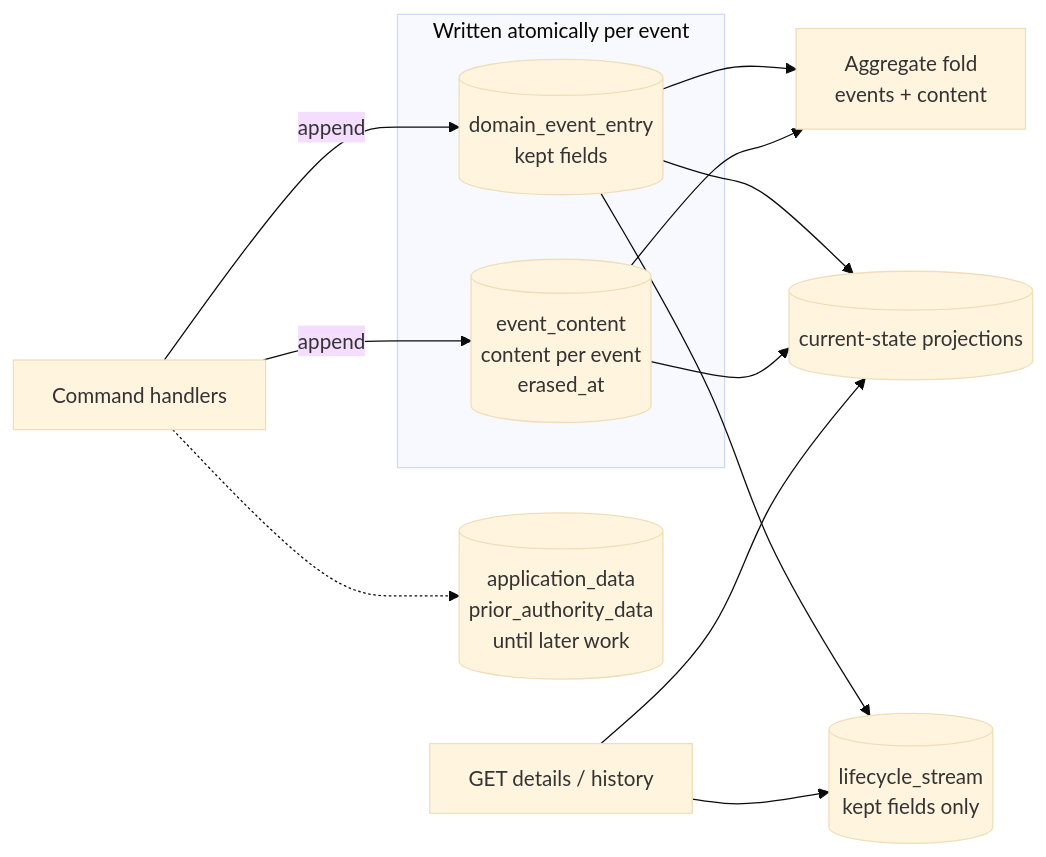
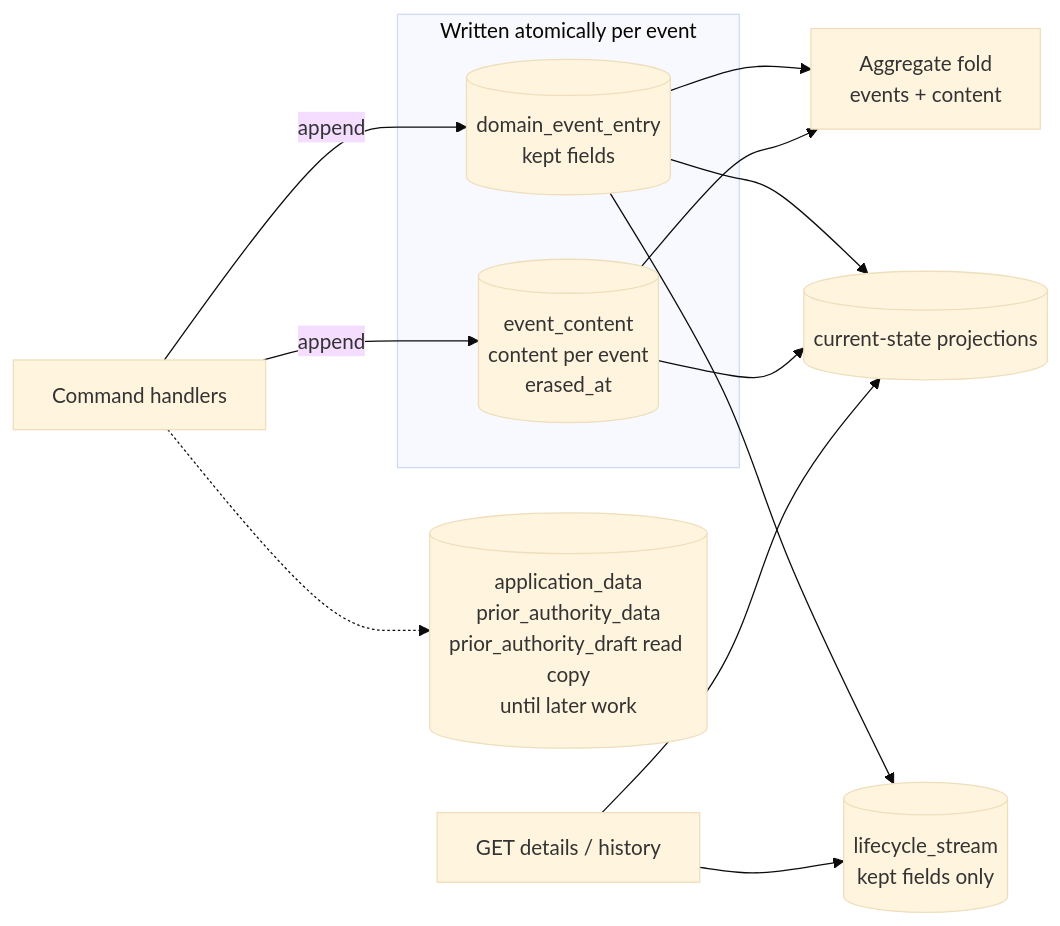
Before and after one commit to ministryofjustice/laa-data-access-api: the second of 2 diagrams in data-access-service-axon/docs/adr/0007-event-content-is-stored-beside-its-event.md, drawn with Mermaid (base theme). The commit also changed other lines of this file and 3 other files, not shown here.

First line of the commit message:
fix: erase Prior Authority draft content instead of deleting its row

````diff
--- a/data-access-service-axon/docs/adr/0007-event-content-is-stored-beside-its-event.md
+++ b/data-access-service-axon/docs/adr/0007-event-content-is-stored-beside-its-event.md
@@ -95,19 +96,19 @@
 ```mermaid
 flowchart LR
   cmd[Command handlers]
   subgraph write[Written atomically per event]
     events[(domain_event_entry<br/>kept fields)]
     content[(event_content<br/>content per event<br/>erased_at)]
   end
-  data[(application_data<br/>prior_authority_data<br/>until later work)]
+  data[(application_data<br/>prior_authority_data<br/>prior_authority_draft read copy<br/>until later work)]
   agg[Aggregate fold<br/>events + content]
   cur[(current-state projections)]
   life[(lifecycle_stream<br/>kept fields only)]
   cmd -->|append| events
   cmd -->|append| content
   cmd -.-> data
   events & content --> agg
   events & content --> cur
   events --> life
   api[GET details / history] --> cur & life
 ```
````
